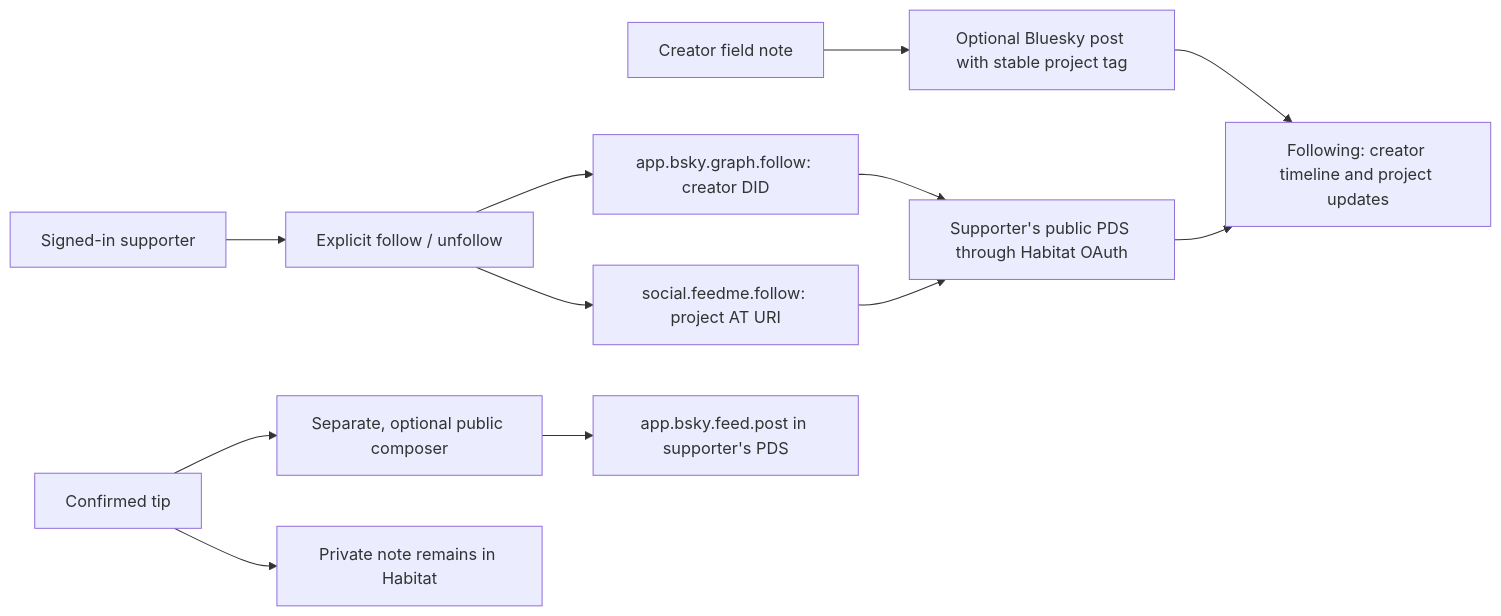
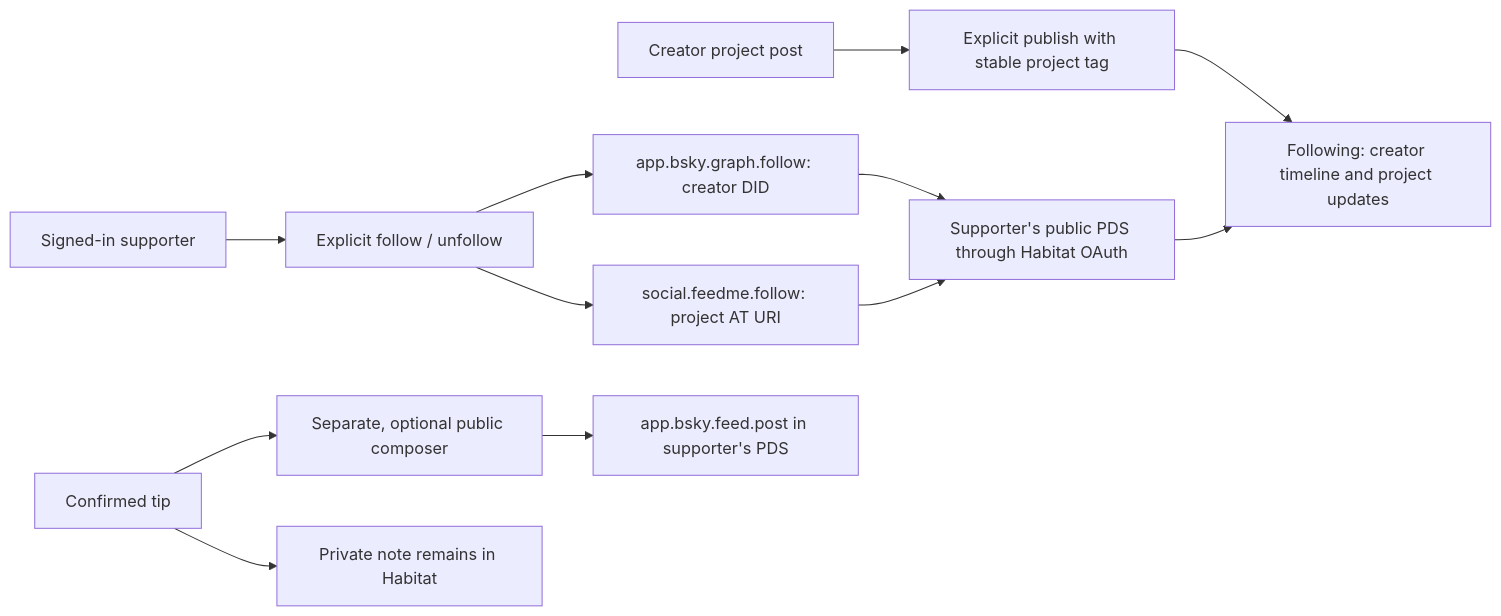
The diagram in docs/social-protocol.md (crs48/feedme), drawn with Mermaid before and after one commit. The commit also changed other lines of this file and 3 other files, not shown here.

````diff
--- a/docs/social-protocol.md
+++ b/docs/social-protocol.md
@@ -5,14 +5,14 @@
 ```mermaid
 flowchart LR
   Supporter[Signed-in supporter] --> Follow[Explicit follow / unfollow]
   Follow --> Native[app.bsky.graph.follow: creator DID]
   Follow --> Project[social.feedme.follow: project AT URI]
   Native --> PDS[Supporter's public PDS through Habitat OAuth]
   Project --> PDS
-  Creator[Creator field note] --> OptIn[Optional Bluesky post with stable project tag]
+  Creator[Creator project post] --> OptIn[Explicit publish with stable project tag]
   OptIn --> Feed[Following: creator timeline and project updates]
   PDS --> Feed
   Tip[Confirmed tip] --> Compose[Separate, optional public composer]
   Compose --> Post[app.bsky.feed.post in supporter's PDS]
   Tip --> Private[Private note remains in Habitat]
 ```
````
